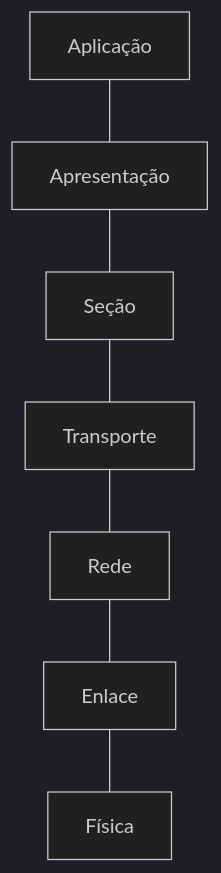
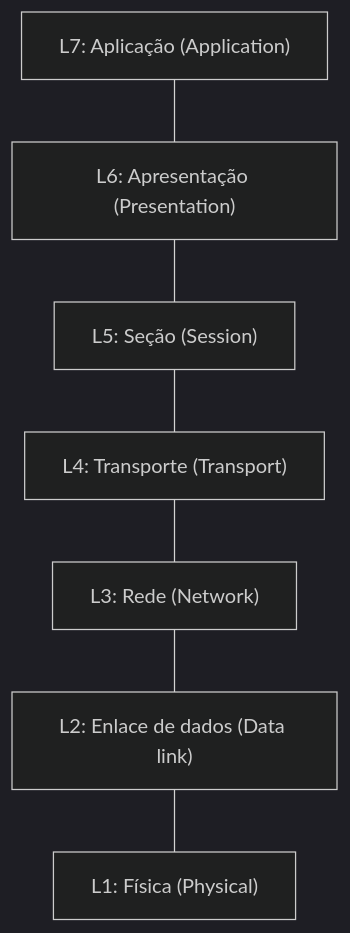
Before and after one commit to ifrnlab/netlab: the diagram in diagramas/fluxogramas/osi.md, drawn with Mermaid (dark theme). The commit also changed other lines of this file, not shown here.

````diff
--- a/diagramas/fluxogramas/osi.md
+++ b/diagramas/fluxogramas/osi.md
@@ -3,13 +3,13 @@
 ```mermaid
 graph BT
 
-  fis[Física]
-  enl[Enlace]
-  redes[Rede]
-  transp[Transporte]
-  sec[Seção]
-  apres[Apresentação]
-  aplic[Aplicação]
+  fis["L1: Física (Physical)"]
+  enl["L2: Enlace de dados (Data link)"]
+  redes["L3: Rede (Network)"]
+  transp["L4: Transporte (Transport)"]
+  sec["L5: Seção (Session)"]
+  apres["L6: Apresentação (Presentation)"]
+  aplic["L7: Aplicação (Application)"]
   
   fis --- enl --- redes --- transp --- sec --- apres --- aplic
 ```
````
